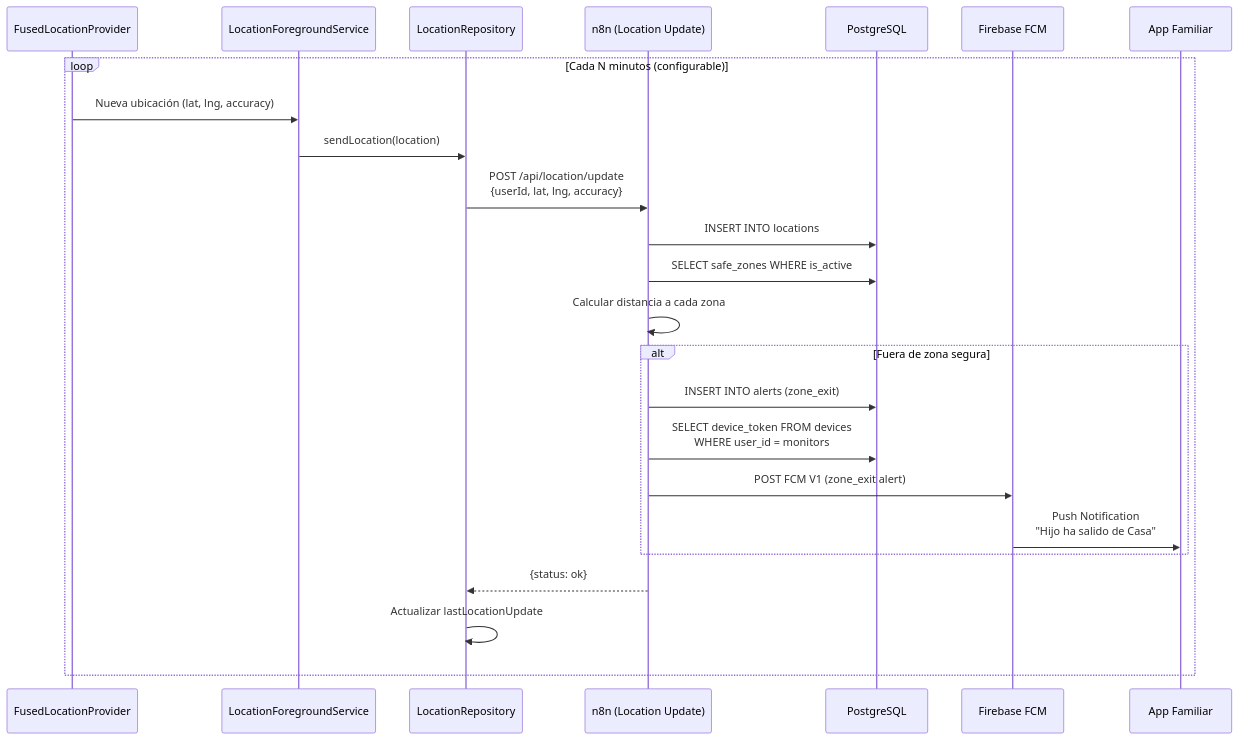
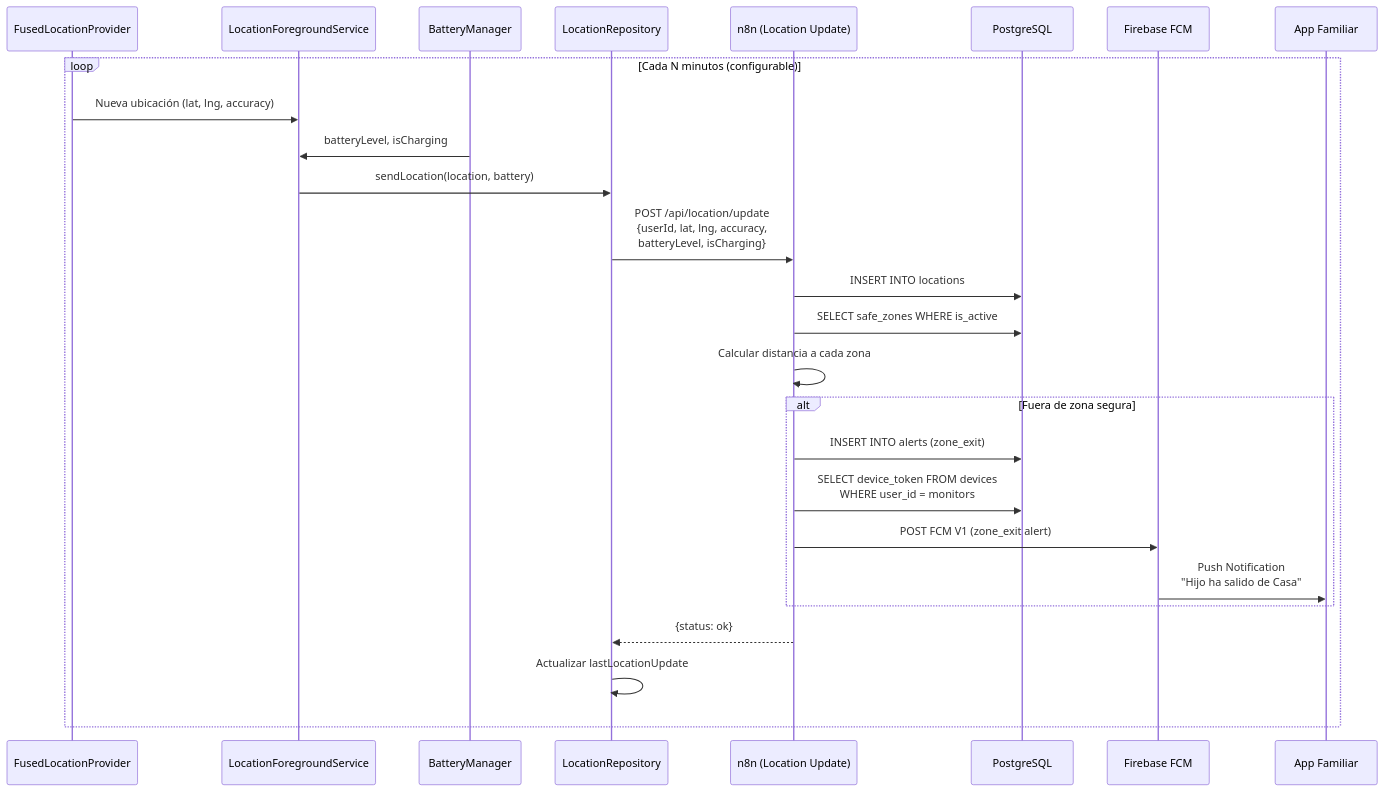
The fifth of 16 diagrams in docs/architecture.md (monghithub/familitrack), drawn with Mermaid before and after one commit. The commit also changed other lines of this file and 7 other files, not shown here.

````diff
--- a/docs/architecture.md
+++ b/docs/architecture.md
@@ -193,29 +262,31 @@
 ```mermaid
 sequenceDiagram
     participant GPS as FusedLocationProvider
     participant SVC as LocationForegroundService
+    participant BAT as BatteryManager
     participant REPO as LocationRepository
     participant N8N as n8n (Location Update)
     participant DB as PostgreSQL
     participant FCM as Firebase FCM
     participant FAM as App Familiar
 
     loop Cada N minutos (configurable)
         GPS->>SVC: Nueva ubicación (lat, lng, accuracy)
-        SVC->>REPO: sendLocation(location)
-        REPO->>N8N: POST /api/location/update<br/>{userId, lat, lng, accuracy}
+        BAT->>SVC: batteryLevel, isCharging
+        SVC->>REPO: sendLocation(location, battery)
+        REPO->>N8N: POST /api/location/update<br/>{userId, lat, lng, accuracy,<br/>batteryLevel, isCharging}
         N8N->>DB: INSERT INTO locations
         N8N->>DB: SELECT safe_zones WHERE is_active
         N8N->>N8N: Calcular distancia a cada zona
 
         alt Fuera de zona segura
             N8N->>DB: INSERT INTO alerts (zone_exit)
             N8N->>DB: SELECT device_token FROM devices<br/>WHERE user_id = monitors
             N8N->>FCM: POST FCM V1 (zone_exit alert)
             FCM->>FAM: Push Notification<br/>"Hijo ha salido de Casa"
         end
 
         N8N-->>REPO: {status: ok}
         REPO->>REPO: Actualizar lastLocationUpdate
     end
 ```
````
